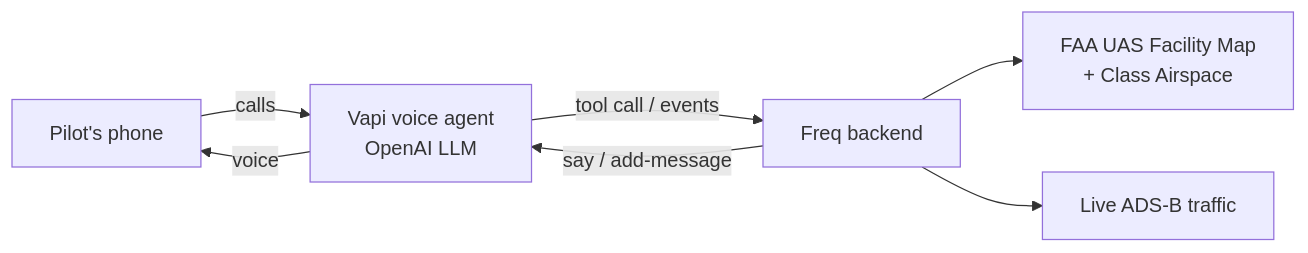
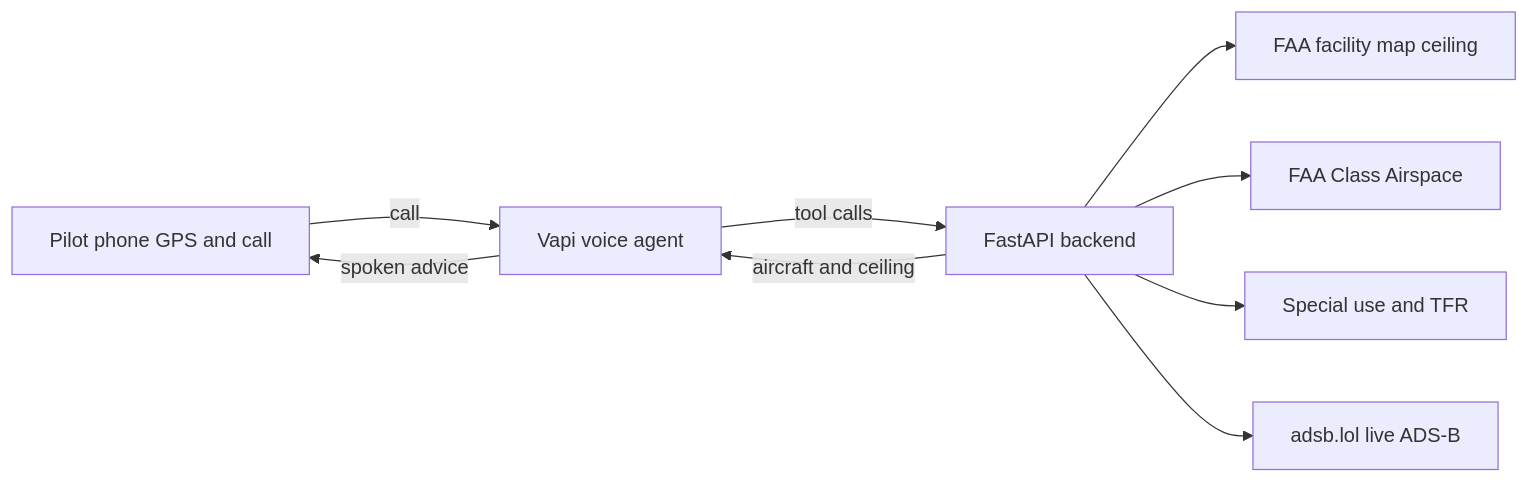
One commit to haminxx/COMPILED-16-Hackathon changed the diagram in README.md. Above: the diagram before and after it, drawn with Mermaid. The commit also changed other lines of this file and 1 other file, not shown here.

Commit message:
Add the Freq README and the backend layer diagram.

````diff
--- a/README.md
+++ b/README.md
@@ -44,9 +70,11 @@
 ```mermaid
 flowchart LR
-  P[Pilot's phone] -- calls --> V[Vapi voice agent<br/>OpenAI LLM]
-  V -- tool call / events --> B[Freq backend]
-  B --> F[FAA UAS Facility Map<br/>+ Class Airspace]
-  B --> A[Live ADS-B traffic]
-  B -- say / add-message --> V
-  V -- voice --> P
+  P[Pilot phone GPS and call] -->|call| V[Vapi voice agent]
+  V -->|tool calls| B[FastAPI backend]
+  B --> F1[FAA facility map ceiling]
+  B --> F2[FAA Class Airspace]
+  B --> F3[Special use and TFR]
+  B --> A[adsb.lol live ADS-B]
+  B -->|aircraft and ceiling| V
+  V -->|spoken advice| P
 ```
````
